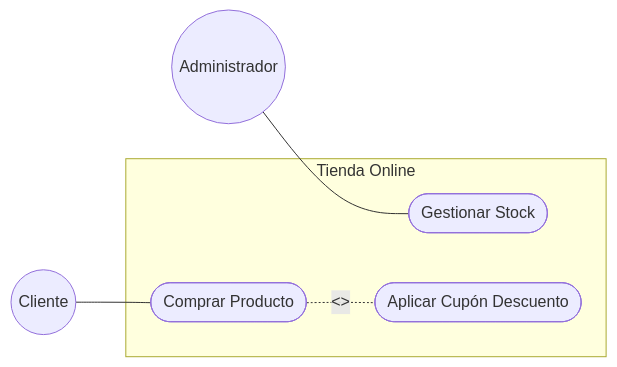
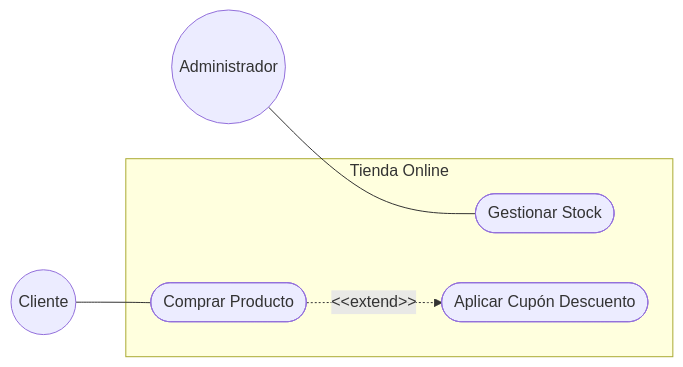
One commit to dariorumi5/Entornos-7.2 changed the second of 3 diagrams in README.md. Above: the diagram before and after it, drawn with Mermaid. The commit also changed other lines of this file, not shown here.

````diff
--- a/README.md
+++ b/README.md
@@ -13,14 +13,14 @@
 ```mermaid
 graph LR
 Cliente((Cliente))
 Administrador((Administrador))
 subgraph "Tienda Online"
 CU1([Comprar Producto])
 CU2([Gestionar Stock])
 CU3([Aplicar Cupón Descuento])
 end
 Cliente --- CU1
-CU1-. <<extends>> .-CU3
+CU1-.->|&lt;&lt;extend&gt;&gt;| CU3
 
 Administrador --- CU2
 ```
````
